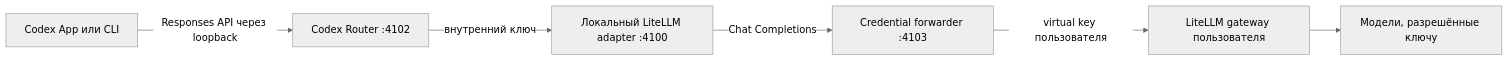
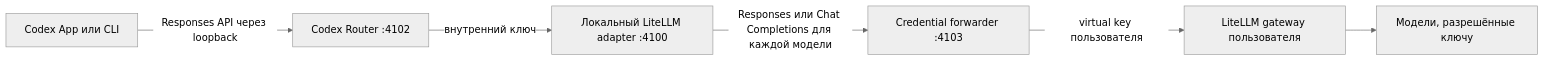
One commit to mavalko13/codex-router-litellm changed the diagram in docs/LITELLM-GATEWAY.ru.md. Above: the diagram before and after it, drawn with Mermaid (neutral theme). The commit also changed other lines of this file and 43 other files, not shown here.

````diff
--- a/docs/LITELLM-GATEWAY.ru.md
+++ b/docs/LITELLM-GATEWAY.ru.md
@@ -16,8 +16,8 @@
 ```mermaid
 flowchart LR
   C["Codex App или CLI"] -->|"Responses API через loopback"| R["Codex Router :4102"]
   R -->|"внутренний ключ"| L["Локальный LiteLLM adapter :4100"]
-  L -->|"Chat Completions"| F["Credential forwarder :4103"]
+  L -->|"Responses или Chat Completions для каждой модели"| F["Credential forwarder :4103"]
   F -->|"virtual key пользователя"| G["LiteLLM gateway пользователя"]
   G --> M["Модели, разрешённые ключу"]
 ```
````
